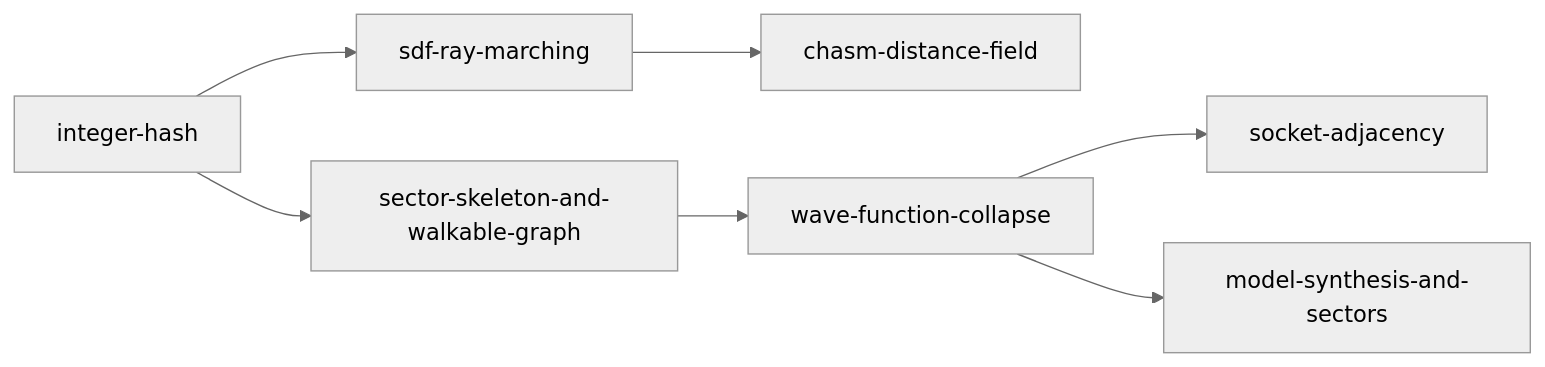
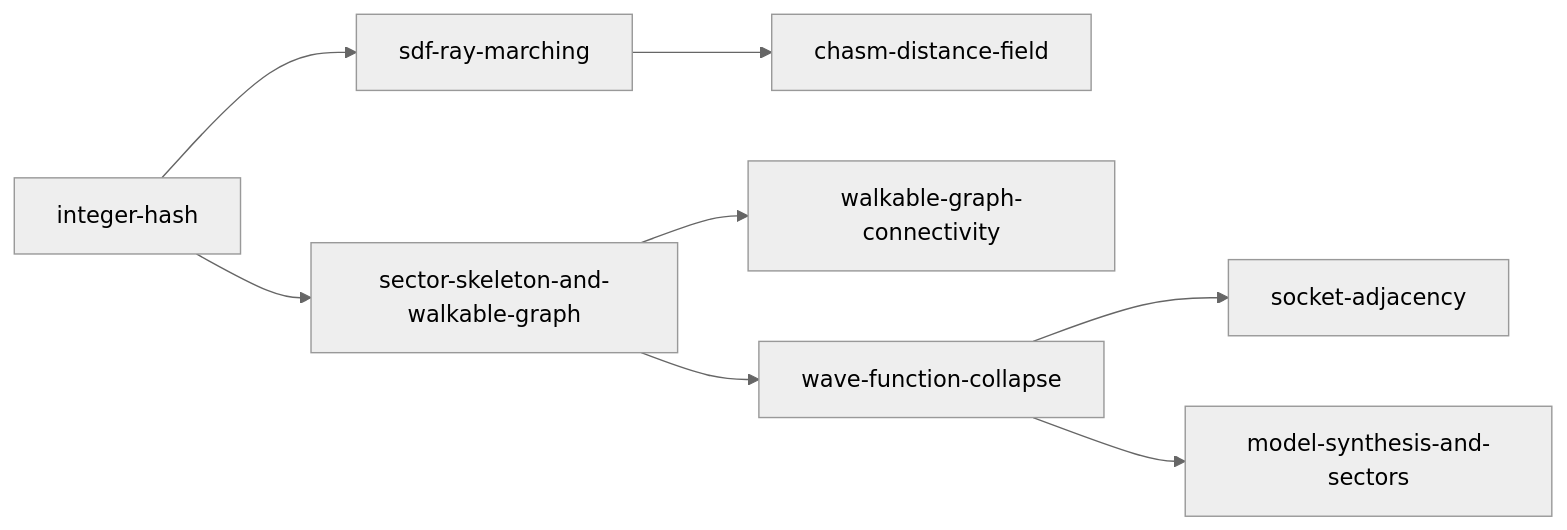
Before and after one commit to seletz/megastructure: the diagram in docs/algorithms/README.md, drawn with Mermaid (neutral theme). The commit also changed other lines of this file and 5 other files, not shown here.

Commit message:
docs(algorithms): walkable graph connectivity note and glossary entries

````diff
--- a/docs/algorithms/README.md
+++ b/docs/algorithms/README.md
@@ -21,9 +21,10 @@
 ```mermaid
 flowchart LR
     H[integer-hash] --> R[sdf-ray-marching]
     R --> C[chasm-distance-field]
     H --> K[sector-skeleton-and-walkable-graph]
+    K --> G[walkable-graph-connectivity]
     K --> W[wave-function-collapse]
     W --> S[socket-adjacency]
     W --> M[model-synthesis-and-sectors]
 ```
````
